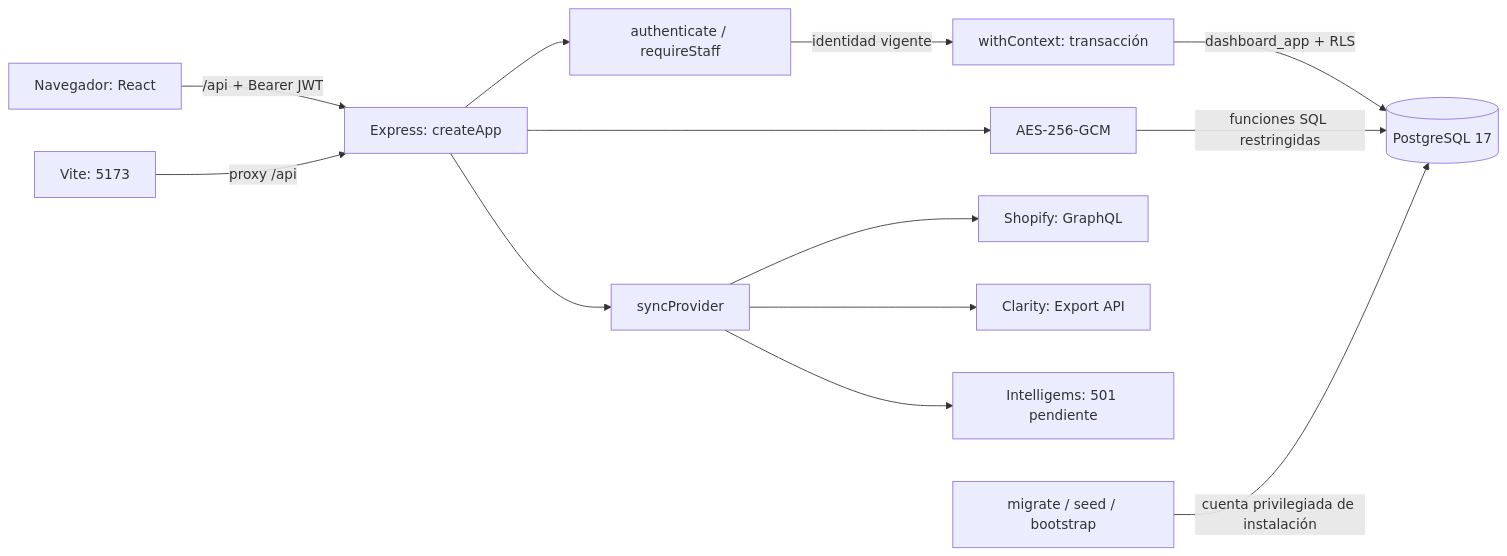
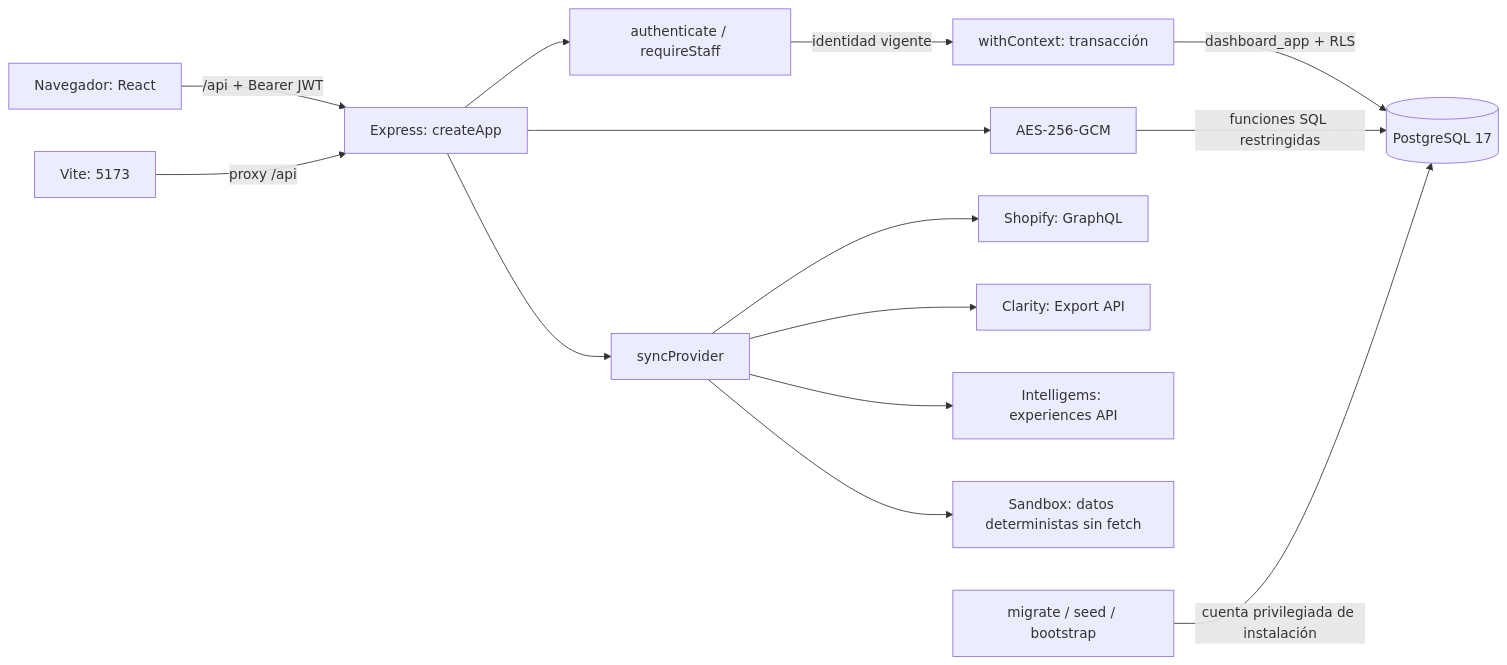
The first of 2 diagrams in docs/arquitectura.md (YisusGael2/DASHBOARD-A-B-CONVERSION), drawn with Mermaid before and after one commit. The commit also changed other lines of this file and 27 other files, not shown here.

Commit message:
Implementar Intelligems, Sandbox, analítica e historiales con RLS

````diff
--- a/docs/arquitectura.md
+++ b/docs/arquitectura.md
@@ -11,15 +11,16 @@
 ```mermaid
 flowchart LR
   B["Navegador: React"] -->|"/api + Bearer JWT"| API["Express: createApp"]
   V["Vite: 5173"] -->|"proxy /api"| API
   API --> AUTH["authenticate / requireStaff"]
   AUTH -->|"identidad vigente"| CTX["withContext: transacción"]
   CTX -->|"dashboard_app + RLS"| DB[("PostgreSQL 17")]
   API --> ENC["AES-256-GCM"]
   ENC -->|"funciones SQL restringidas"| DB
   API --> SYNC["syncProvider"]
   SYNC --> S["Shopify: GraphQL"]
   SYNC --> C["Clarity: Export API"]
-  SYNC --> I["Intelligems: 501 pendiente"]
+  SYNC --> I["Intelligems: experiences API"]
+  SYNC --> M["Sandbox: datos deterministas sin fetch"]
   INIT["migrate / seed / bootstrap"] -->|"cuenta privilegiada de instalación"| DB
 ```
````
